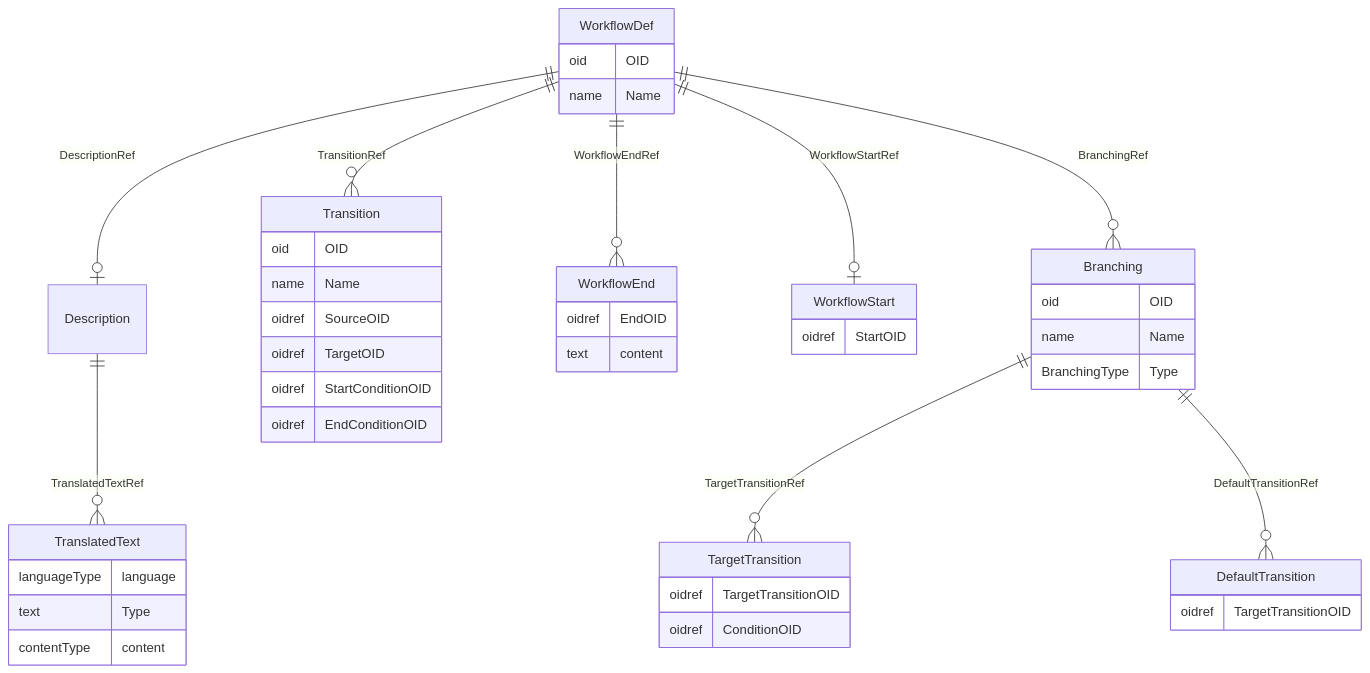
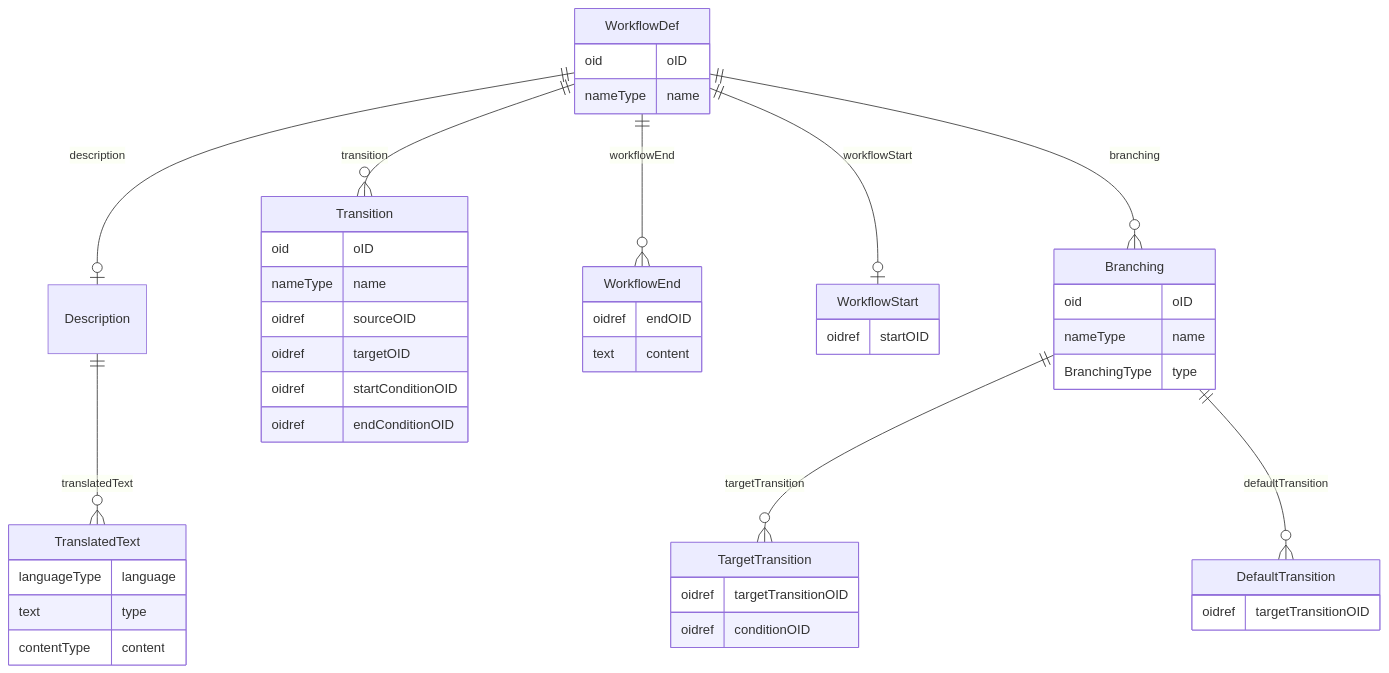
Before and after one commit to cdisc-org/DataExchange-ODM-LinkML: the diagram in docs/WorkflowDef.md, drawn with Mermaid. The commit also changed other lines of this file and 759 other files, not shown here.

````diff
--- a/docs/WorkflowDef.md
+++ b/docs/WorkflowDef.md
@@ -11,52 +11,52 @@
 ```mermaid
 erDiagram
 WorkflowDef {
-    oid OID  
-    name Name  
+    oid oID  
+    nameType name  
 }
 Branching {
-    oid OID  
-    name Name  
-    BranchingType Type  
+    oid oID  
+    nameType name  
+    BranchingType type  
 }
 DefaultTransition {
-    oidref TargetTransitionOID  
+    oidref targetTransitionOID  
 }
 TargetTransition {
-    oidref TargetTransitionOID  
-    oidref ConditionOID  
+    oidref targetTransitionOID  
+    oidref conditionOID  
 }
 Transition {
-    oid OID  
-    name Name  
-    oidref SourceOID  
-    oidref TargetOID  
-    oidref StartConditionOID  
-    oidref EndConditionOID  
+    oid oID  
+    nameType name  
+    oidref sourceOID  
+    oidref targetOID  
+    oidref startConditionOID  
+    oidref endConditionOID  
 }
 WorkflowEnd {
-    oidref EndOID  
+    oidref endOID  
     text content  
 }
 WorkflowStart {
-    oidref StartOID  
+    oidref startOID  
 }
 Description {
 
 }
 TranslatedText {
     languageType language  
-    text Type  
+    text type  
     contentType content  
 }
 
-WorkflowDef ||--|o Description : "DescriptionRef"
-WorkflowDef ||--|o WorkflowStart : "WorkflowStartRef"
-WorkflowDef ||--}o WorkflowEnd : "WorkflowEndRef"
-WorkflowDef ||--}o Transition : "TransitionRef"
-WorkflowDef ||--}o Branching : "BranchingRef"
-Branching ||--}o TargetTransition : "TargetTransitionRef"
-Branching ||--}o DefaultTransition : "DefaultTransitionRef"
-Description ||--}o TranslatedText : "TranslatedTextRef"
+WorkflowDef ||--|o Description : "description"
+WorkflowDef ||--|o WorkflowStart : "workflowStart"
+WorkflowDef ||--}o WorkflowEnd : "workflowEnd"
+WorkflowDef ||--}o Transition : "transition"
+WorkflowDef ||--}o Branching : "branching"
+Branching ||--}o TargetTransition : "targetTransition"
+Branching ||--}o DefaultTransition : "defaultTransition"
+Description ||--}o TranslatedText : "translatedText"
 
 ```
````
